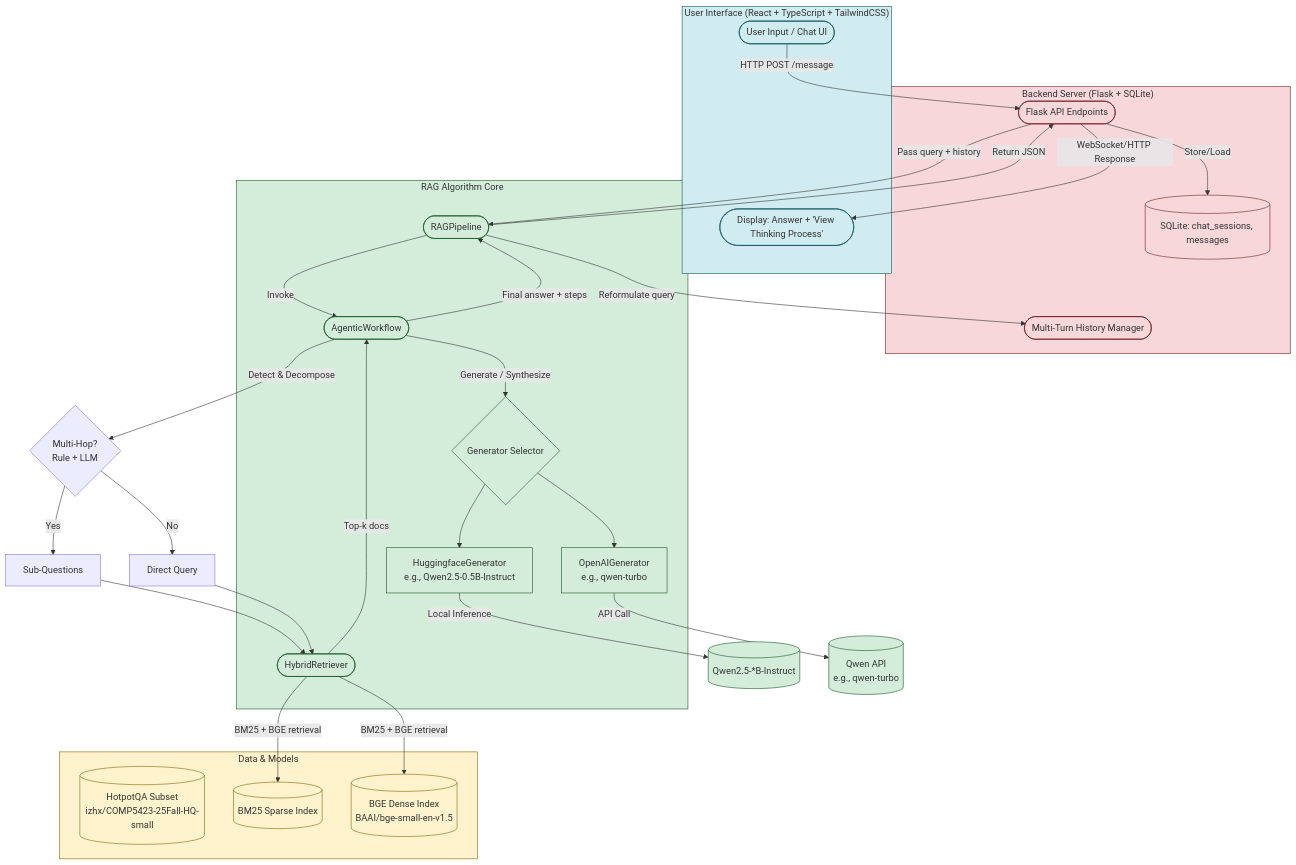
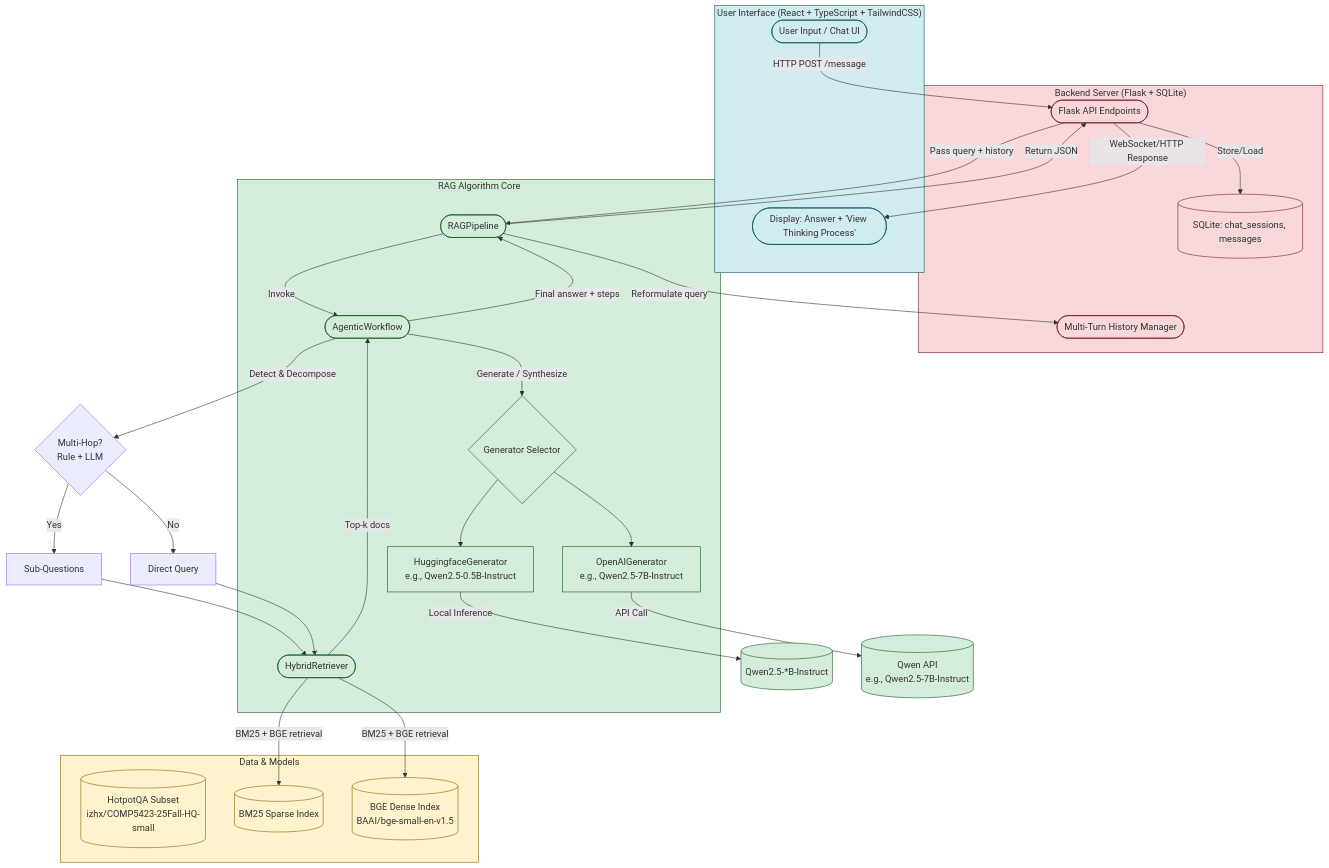
The diagram in workflow1.md (XUranus/PolyU-25Fall-COMP5423-RAG), drawn with Mermaid before and after one commit. The commit also changed 13 other files, not shown here.

````diff
--- a/workflow1.md
+++ b/workflow1.md
@@ -1,71 +1,71 @@
 ```mermaid
 graph TD
 
     %% Frontend Layer
     subgraph Frontend["User Interface (React + TypeScript + TailwindCSS)"]
         UI([User Input / Chat UI])
         Display([Display: Answer + 'View Thinking Process'])
     end
 
 
         %% Backend Layer
     subgraph Backend["Backend Server (Flask + SQLite)"]
         API([Flask API Endpoints])
         DB[(SQLite: chat_sessions, messages)]
         History([Multi-Turn History Manager])
     end
 
         %% RAG Core Layer
     subgraph RAG["RAG Algorithm Core"]
         Pipeline([RAGPipeline])
         Workflow([AgenticWorkflow])
         Retriever([HybridRetriever])
         Generator{Generator Selector}
         HFG[HuggingfaceGenerator<br/>e.g., Qwen2.5-0.5B-Instruct]
-        OAI[OpenAIGenerator<br/>e.g., qwen-turbo]
+        OAI[OpenAIGenerator<br/>e.g., Qwen2.5-7B-Instruct]
     end
 
     
     %% Data Sources
     subgraph Data["Data & Models"]
         HotpotQA[(HotpotQA Subset<br/>izhx/COMP5423-25Fall-HQ-small)]
         BM25_Index[(BM25 Sparse Index)]
         BGE_Index[(BGE Dense Index<br/>BAAI/bge-small-en-v1.5)]
     end
 
     
 
     %% Connections
     UI -->|HTTP POST /message| API
     API -->|Store/Load| DB
     API -->|Pass query + history| Pipeline
     Pipeline -->|Reformulate query| History
     Pipeline -->|Invoke| Workflow
     Workflow -->|Detect & Decompose| MultiHopLogic{Multi-Hop?<br/>Rule + LLM}
     MultiHopLogic -->|Yes| SubQ[Sub-Questions]
     MultiHopLogic -->|No| DirectQ[Direct Query]
     SubQ --> Retriever
     DirectQ --> Retriever
     Retriever -->|BM25 + BGE retrieval| BM25_Index
     Retriever -->|BM25 + BGE retrieval| BGE_Index
     Retriever -->|Top-k docs| Workflow
     Workflow -->|Generate / Synthesize| Generator
     Generator --> HFG
     Generator --> OAI
     HFG -->|Local Inference| QwenModel[(Qwen2.5-*B-Instruct)]
-    OAI -->|API Call| QwenAPI[(Qwen API<br/>e.g., qwen-turbo)]
+    OAI -->|API Call| QwenAPI[(Qwen API<br/>e.g., Qwen2.5-7B-Instruct)]
     Workflow -->|Final answer + steps| Pipeline
     Pipeline -->|Return JSON| API
     API -->|WebSocket/HTTP Response| Display
 
     %% Styling
     classDef frontend fill:#d1ecf1,stroke:#0c5460
     classDef backend fill:#f8d7da,stroke:#721c24
     classDef rag fill:#d4edda,stroke:#155724
     classDef data fill:#fff3cd,stroke:#856404
 
     class UI,Display,Frontend frontend
     class API,DB,History,Backend backend
     class Pipeline,Workflow,Retriever,Generator,HFG,OAI,QwenModel,QwenAPI,RAG rag
     class HotpotQA,BM25_Index,BGE_Index,Data data
 ```
````
